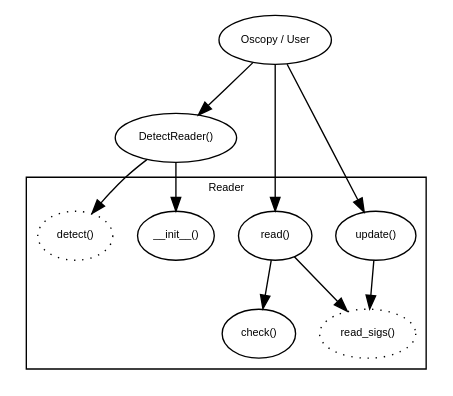
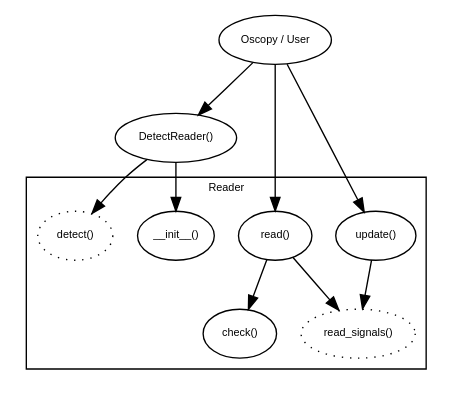
One commit to agardelein/oscopy changed the diagram in doc/manual/dot/readers.dot. Above: the diagram before and after it, drawn with Graphviz. The commit also changed 1 other file, not shown here.

Commit message:
Readers: rename read_sigs to read_signals in doc (py files modified in previous patch)

```diff
--- a/doc/manual/dot/readers.dot
+++ b/doc/manual/dot/readers.dot
@@ -1,22 +1,22 @@
 digraph readers {
 	node [fontname="Helvetica",fontsize=8] ;
 	rankdir=TB;
 	User [label="Oscopy / User"]
 	DetectReader [label="DetectReader()"]
 	subgraph cluster0 {
 		fontname="Helvetica";
 		fontsize=8 ;
 		label="Reader"
 		init [label="__init__()"]
 		detect [label="detect()",style=dotted]
-		read_sigs [label="read_sigs()",style=dotted]
+		read_sigs [label="read_signals()",style=dotted]
 		read [label="read()"]
 		update [label="update()"]
 		check [label="check()"]
 		}
 	User -> read -> read_sigs
 	User -> update -> read_sigs
 	User -> DetectReader -> detect
 	DetectReader -> init
 	read -> check
 }
```
